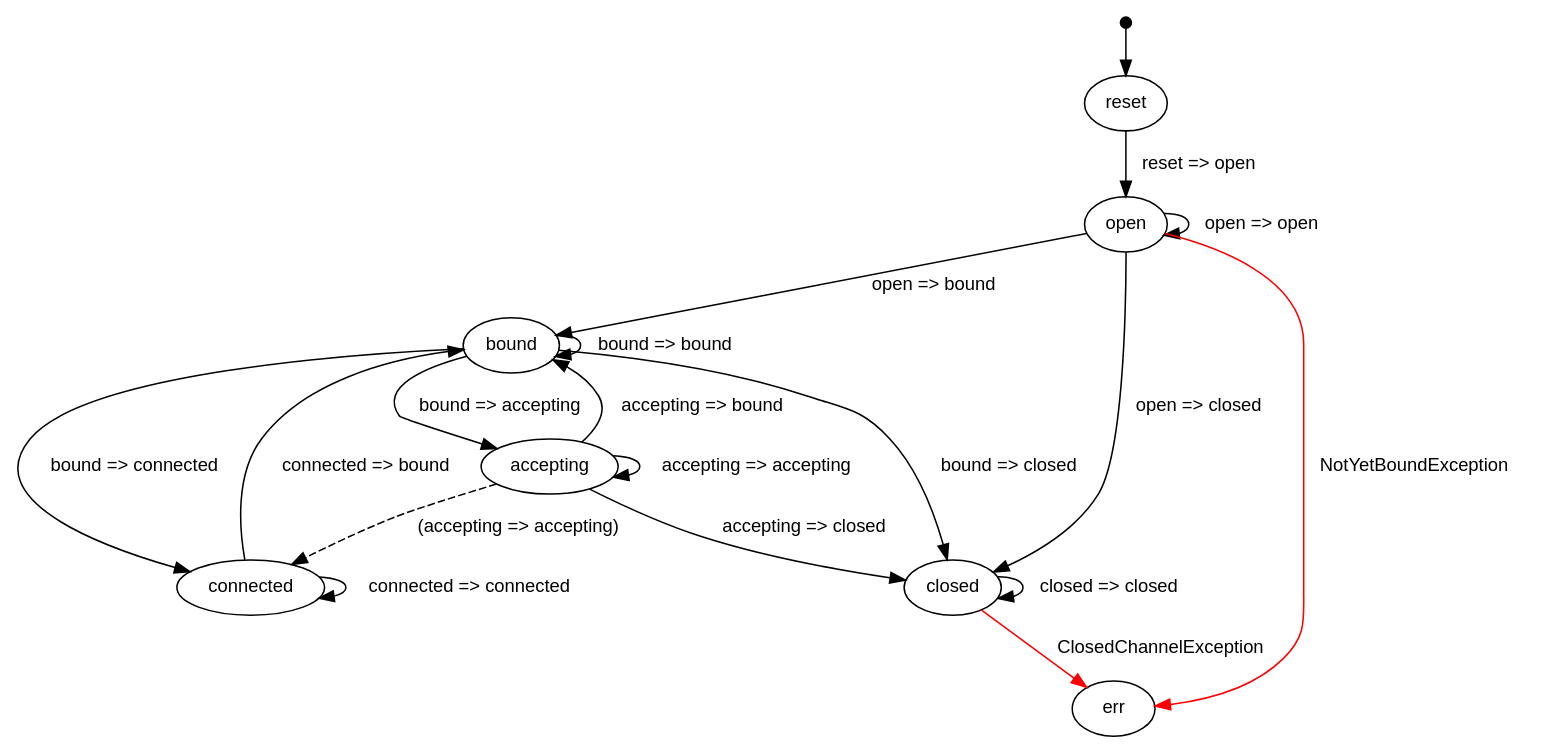
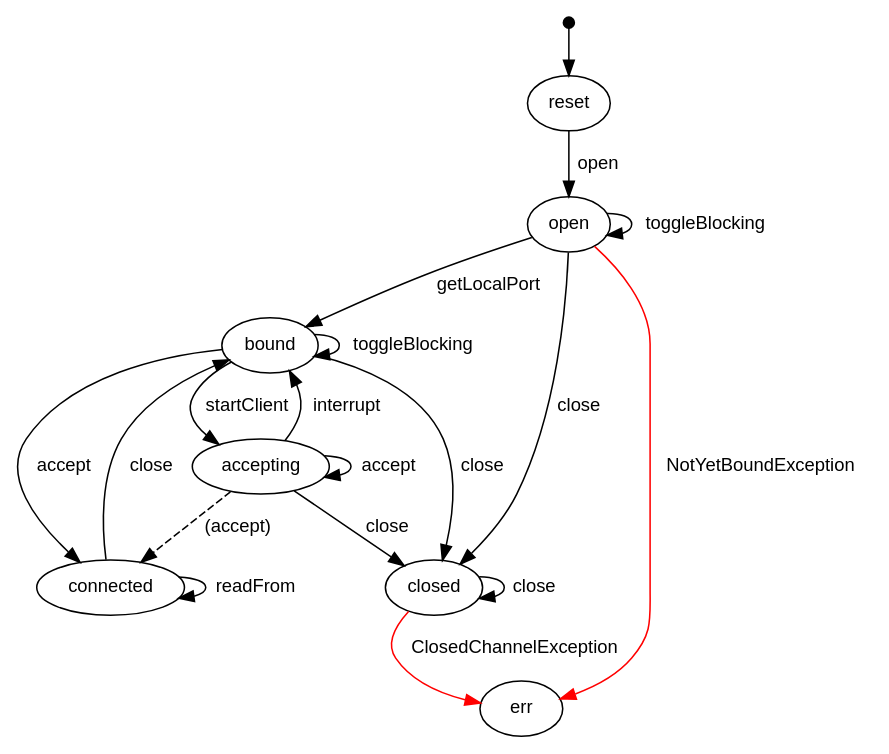
One commit to georgewbar/modbat changed the diagram in modbat.examples.JavaNioServerSocket_graph.dot. Above: the diagram before and after it, drawn with Graphviz. The commit also changed 12 other files, not shown here.

```diff
--- a/modbat.examples.JavaNioServerSocket_graph.dot
+++ b/modbat.examples.JavaNioServerSocket_graph.dot
@@ -1,24 +1,24 @@
 digraph model {
   graph [ rankdir = "TB", ranksep="0.4", nodesep="0.2" ];
   node [ fontname = "Helvetica", fontsize="12.0", margin="0.07" ];
   edge [ fontname = "Helvetica", fontsize="12.0", margin="0.05" ];
   "" [ shape = "point", height="0.1" ];
   "" -> reset
-  connected	-> connected [ label = " connected => connected " ];
-  connected	-> bound [ label = " connected => bound " ];
-  bound	-> bound [ label = " bound => bound " ];
-  bound	-> connected [ label = " bound => connected " ];
-  bound	-> accepting [ label = " bound => accepting " ];
-  bound	-> closed [ label = " bound => closed " ];
-  reset	-> open [ label = " reset => open " ];
-  accepting	-> accepting [ label = " accepting => accepting " ];
-  accepting	-> connected [ label = " (accepting => accepting) " style = "dashed" ];
-  accepting	-> bound [ label = " accepting => bound " ];
-  accepting	-> closed [ label = " accepting => closed " ];
-  open	-> open [ label = " open => open " ];
-  open	-> bound [ label = " open => bound " ];
+  connected	-> connected [ label = " readFrom " ];
+  connected	-> bound [ label = " close " ];
+  bound	-> bound [ label = " toggleBlocking " ];
+  bound	-> connected [ label = " accept " ];
+  bound	-> accepting [ label = " startClient " ];
+  bound	-> closed [ label = " close " ];
+  reset	-> open [ label = " open " ];
+  accepting	-> accepting [ label = " accept " ];
+  accepting	-> connected [ label = " (accept) " style = "dashed" ];
+  accepting	-> bound [ label = " interrupt " ];
+  accepting	-> closed [ label = " close " ];
+  open	-> open [ label = " toggleBlocking " ];
+  open	-> bound [ label = " getLocalPort " ];
   open	-> err [ label = " NotYetBoundException " color = "red" ];
-  open	-> closed [ label = " open => closed " ];
-  closed	-> closed [ label = " closed => closed " ];
+  open	-> closed [ label = " close " ];
+  closed	-> closed [ label = " close " ];
   closed	-> err [ label = " ClosedChannelException " color = "red" ];
 }
```
